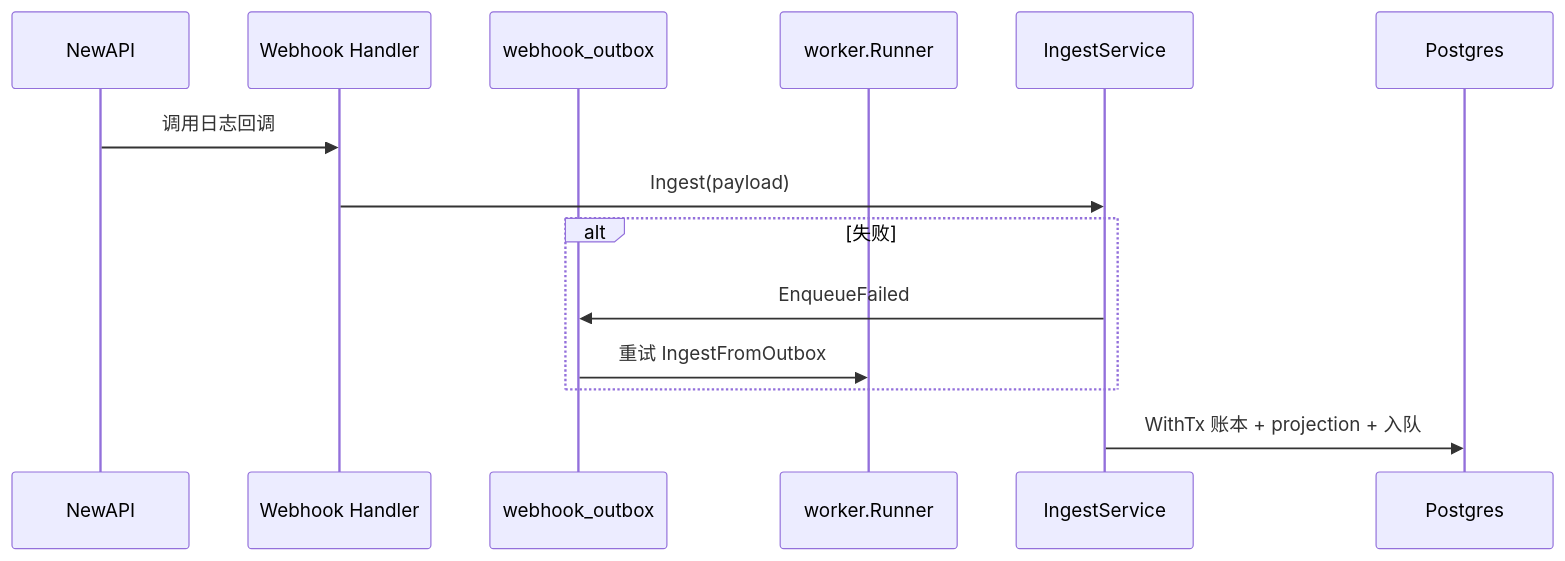
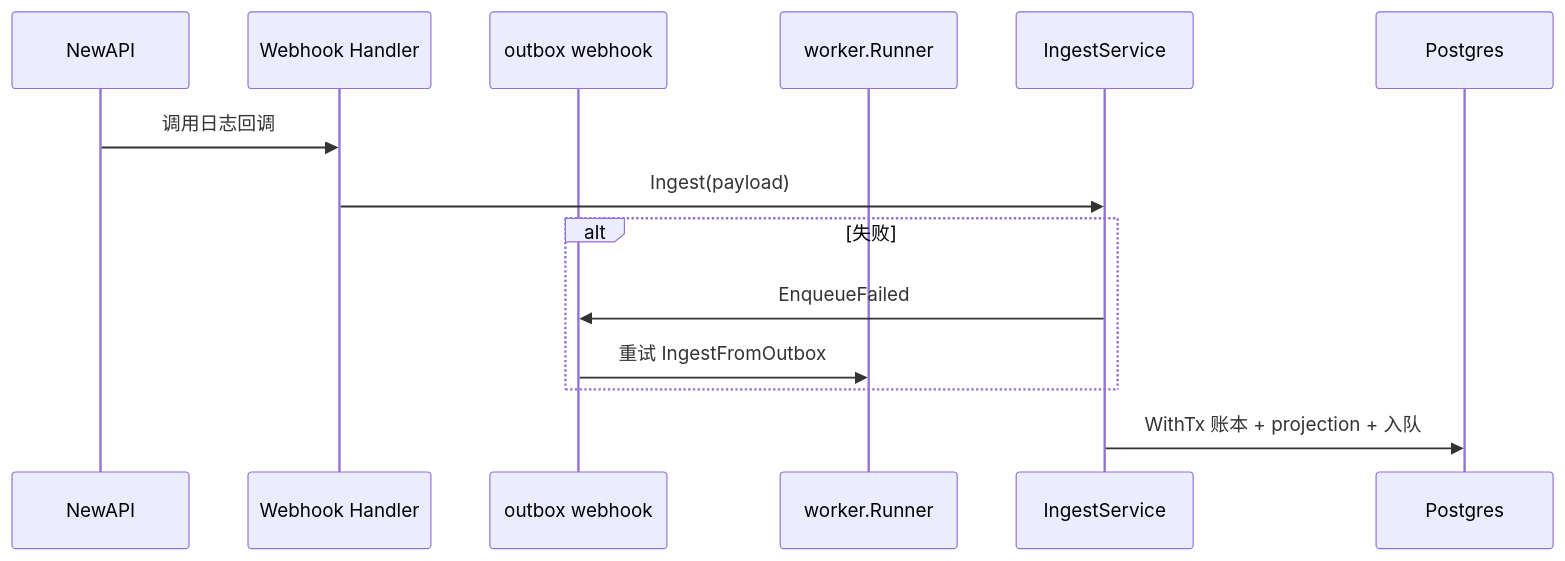
The third of 5 diagrams in docs/Backend-预算运作.md (quyip8818/mytokenjoy), drawn with Mermaid before and after one commit. The commit also changed other lines of this file and 132 other files, not shown here.

````diff
--- a/docs/Backend-预算运作.md
+++ b/docs/Backend-预算运作.md
@@ -209,17 +209,17 @@
 ```mermaid
 sequenceDiagram
   participant NA as NewAPI
   participant WH as Webhook Handler
-  participant WO as webhook_outbox
+  participant WO as outbox webhook
   participant W as worker.Runner
   participant ING as IngestService
   participant DB as Postgres
 
   NA->>WH: 调用日志回调
   WH->>ING: Ingest(payload)
   alt 失败
     ING->>WO: EnqueueFailed
     WO->>W: 重试 IngestFromOutbox
   end
   ING->>DB: WithTx 账本 + projection + 入队
 ```
````
